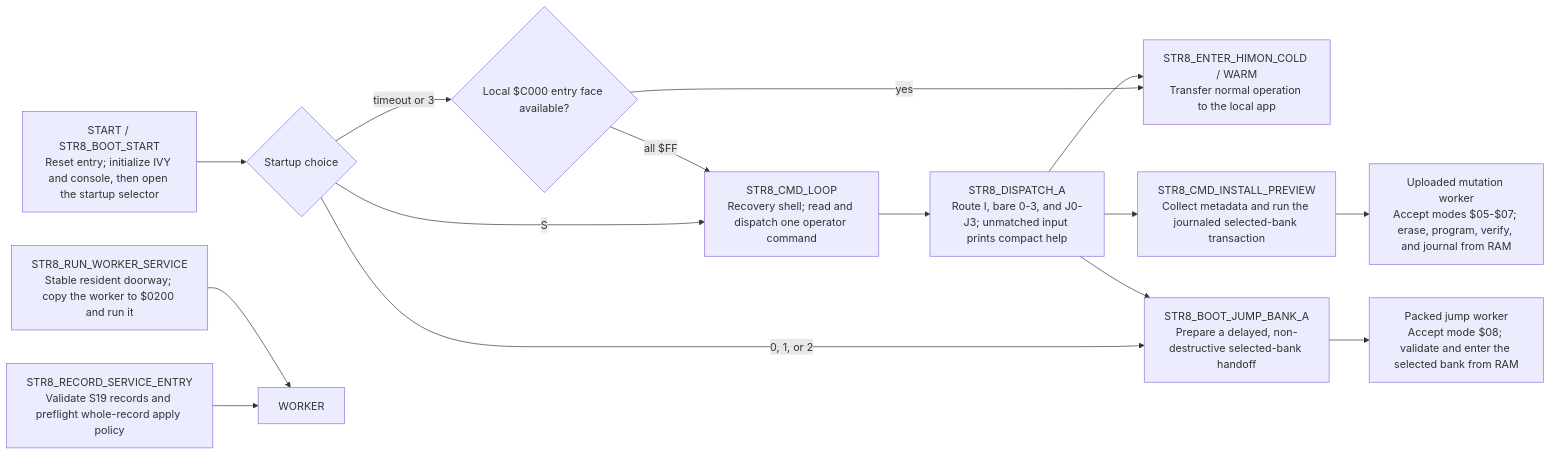
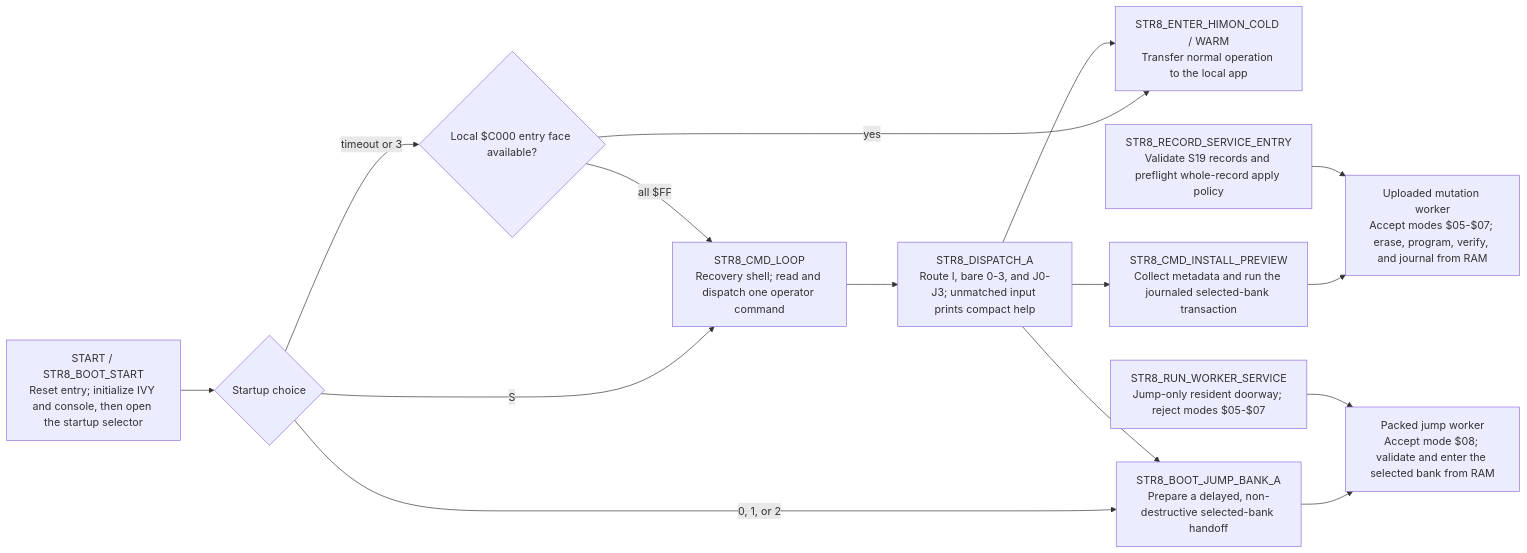
One commit to 95westus/R-YORS changed the first of 6 diagrams in DOC/GUIDES/STR8/STR8.md. Above: the diagram before and after it, drawn with Mermaid. The commit also changed other lines of this file and 65 other files, not shown here.

Commit message:
STR8: enforce split-worker service ownership

````diff
--- a/DOC/GUIDES/STR8/STR8.md
+++ b/DOC/GUIDES/STR8/STR8.md
@@ -56,20 +56,20 @@
 ```mermaid
 flowchart LR
     RESET["START / STR8_BOOT_START<br/>Reset entry; initialize IVY and console, then open the startup selector"] --> SELECT{"Startup choice"}
     SELECT -->|S| SHELL["STR8_CMD_LOOP<br/>Recovery shell; read and dispatch one operator command"]
     SELECT -->|timeout or 3| BOOTCHECK{"Local $C000 entry face available?"}
     BOOTCHECK -->|yes| HIMON["STR8_ENTER_HIMON_COLD / WARM<br/>Transfer normal operation to the local app"]
     BOOTCHECK -->|all $FF| SHELL
     SELECT -->|0, 1, or 2| JUMP["STR8_BOOT_JUMP_BANK_A<br/>Prepare a delayed, non-destructive selected-bank handoff"]
 
     SHELL --> DISPATCH["STR8_DISPATCH_A<br/>Route I, bare 0-3, and J0-J3; unmatched input prints compact help"]
     DISPATCH --> INSTALL["STR8_CMD_INSTALL_PREVIEW<br/>Collect metadata and run the journaled selected-bank transaction"]
     DISPATCH --> JUMP
     DISPATCH --> HIMON
 
     INSTALL --> MUTATION["Uploaded mutation worker<br/>Accept modes $05-$07; erase, program, verify, and journal from RAM"]
     JUMP --> JWORKER["Packed jump worker<br/>Accept mode $08; validate and enter the selected bank from RAM"]
 
-    RECORD["STR8_RECORD_SERVICE_ENTRY<br/>Validate S19 records and preflight whole-record apply policy"] --> WORKER
-    SERVICE["STR8_RUN_WORKER_SERVICE<br/>Stable resident doorway; copy the worker to $0200 and run it"] --> WORKER
+    RECORD["STR8_RECORD_SERVICE_ENTRY<br/>Validate S19 records and preflight whole-record apply policy"] --> MUTATION
+    SERVICE["STR8_RUN_WORKER_SERVICE<br/>Jump-only resident doorway; reject modes $05-$07"] --> JWORKER
 ```
````
